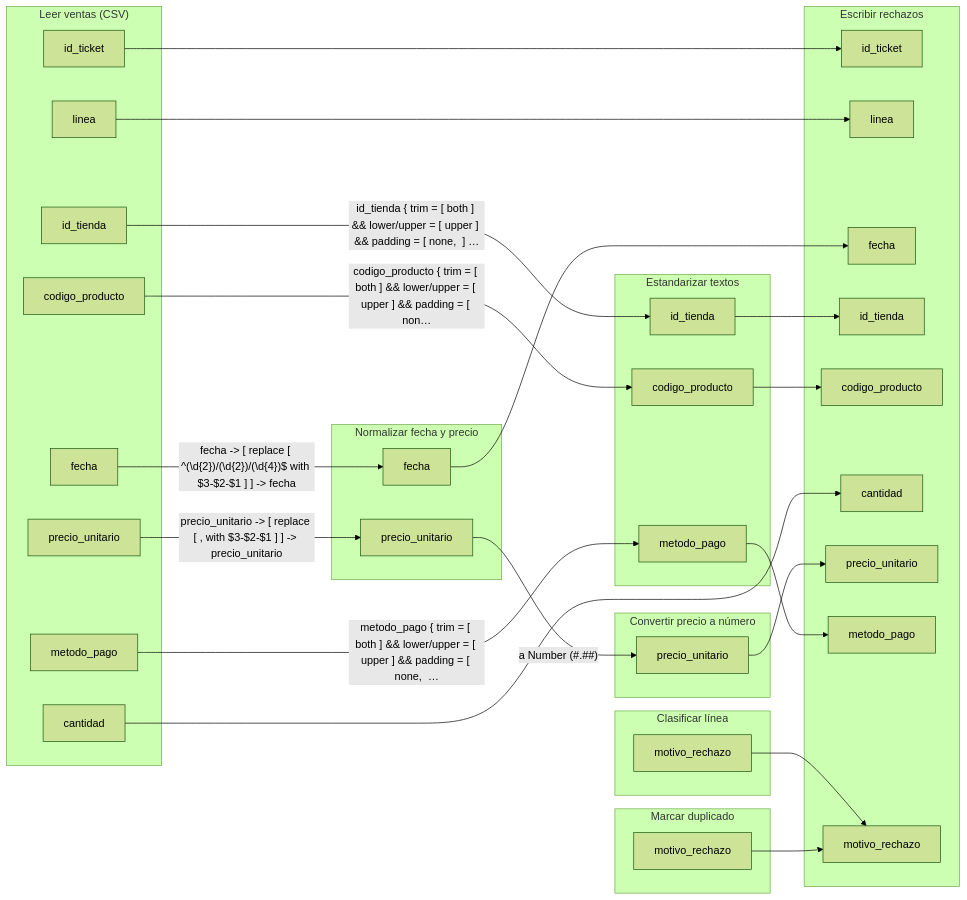
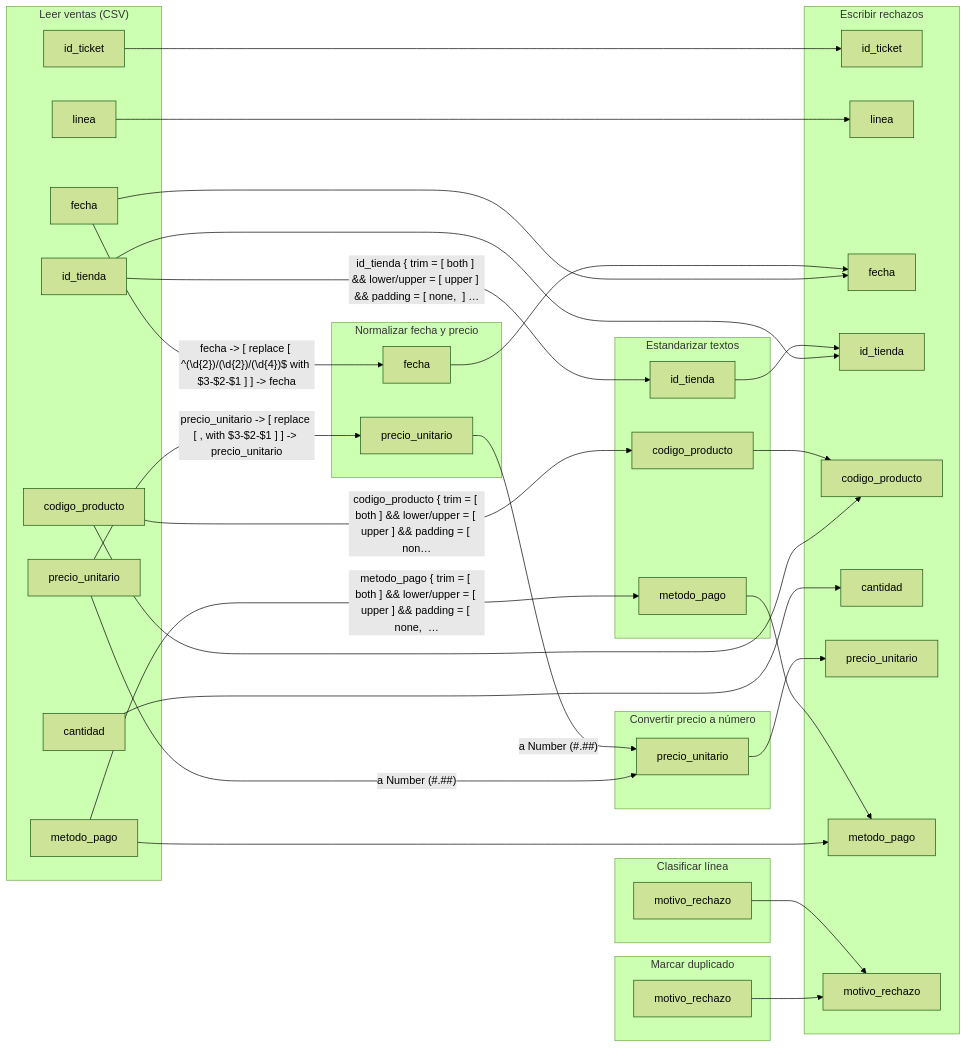
One commit to IvI2511/pentaho-mcp changed the third of 4 diagrams in ejemplo/informes/04_hechos_ventas.md. Above: the diagram before and after it, drawn with Mermaid (forest theme). The commit also changed other lines of this file and 30 other files, not shown here.

````diff
--- a/ejemplo/informes/04_hechos_ventas.md
+++ b/ejemplo/informes/04_hechos_ventas.md
@@ -215,58 +257,63 @@
 ```mermaid
 flowchart LR
   subgraph g0 ["Leer ventas (CSV)"]
     c0["id_ticket"]
     c2["linea"]
     c4["fecha"]
     c7["id_tienda"]
     c10["codigo_producto"]
     c13["cantidad"]
     c15["precio_unitario"]
     c19["metodo_pago"]
   end
   subgraph g1 ["Estandarizar textos"]
     c8["id_tienda"]
     c11["codigo_producto"]
     c20["metodo_pago"]
   end
   subgraph g2 ["Normalizar fecha y precio"]
     c5["fecha"]
     c16["precio_unitario"]
   end
   subgraph g3 ["Convertir precio a número"]
     c17["precio_unitario"]
   end
   subgraph g4 ["Clasificar línea"]
     c22["motivo_rechazo"]
   end
   subgraph g5 ["Marcar duplicado"]
     c24["motivo_rechazo"]
   end
   subgraph g6 ["Escribir rechazos"]
     c1["id_ticket"]
     c3["linea"]
     c6["fecha"]
     c9["id_tienda"]
     c12["codigo_producto"]
     c14["cantidad"]
     c18["precio_unitario"]
     c21["metodo_pago"]
     c23["motivo_rechazo"]
   end
   c0 --> c1
   c2 --> c3
   c4 -->|"fecha -#62; [ replace [ ^(\d{2})/(\d{2})/(\d{4})$ with $3-$2-$1 ] ] -#62; fecha"| c5
   c5 --> c6
+  c4 --> c6
   c7 -->|"id_tienda { trim = [ both ] #38;#38; lower/upper = [ upper ] #38;#38; padding = [ none,  ] …"| c8
   c8 --> c9
+  c7 --> c9
   c10 -->|"codigo_producto { trim = [ both ] #38;#38; lower/upper = [ upper ] #38;#38; padding = [ non…"| c11
   c11 --> c12
+  c10 --> c12
   c13 --> c14
   c15 -->|"precio_unitario -#62; [ replace [ , with $3-$2-$1 ] ] -#62; precio_unitario"| c16
   c16 -->|"a Number (#35;.#35;#35;)"| c17
   c17 --> c18
+  c15 -->|"a Number (#35;.#35;#35;)"| c17
   c19 -->|"metodo_pago { trim = [ both ] #38;#38; lower/upper = [ upper ] #38;#38; padding = [ none,  …"| c20
   c20 --> c21
+  c19 --> c21
   c22 --> c23
   c24 --> c23
 ```
````
